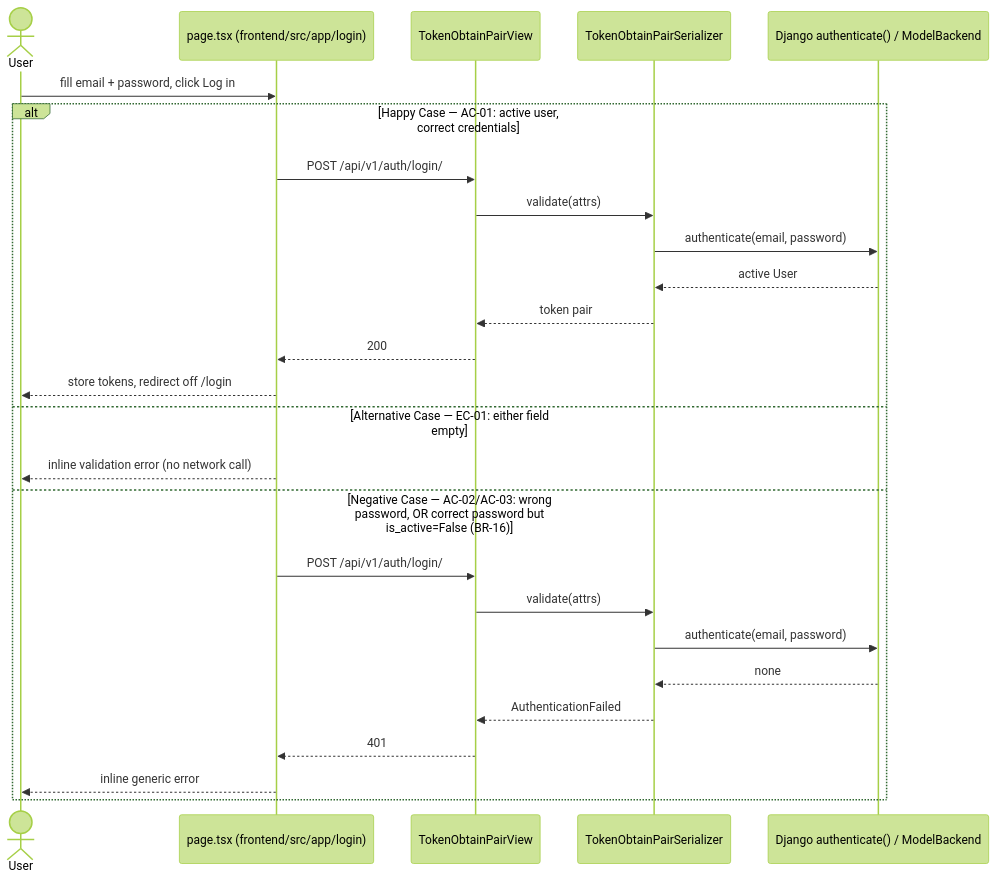
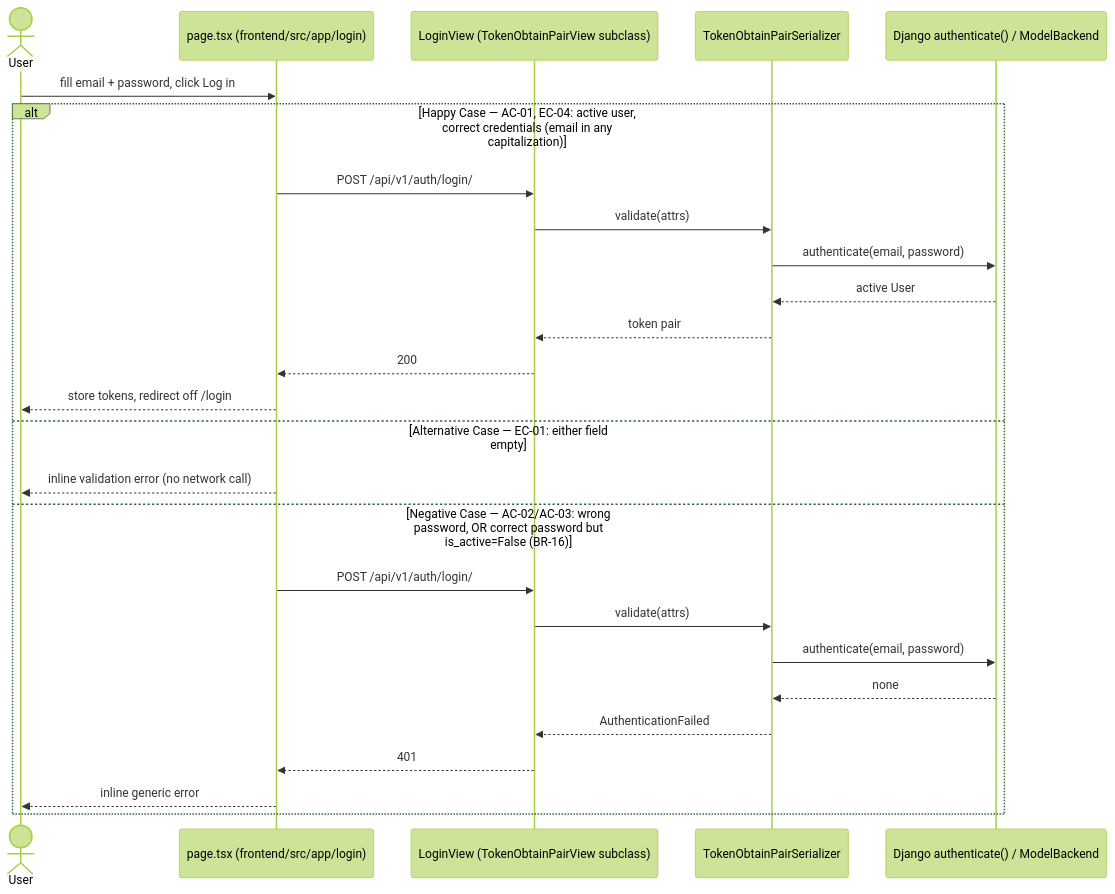
One commit to homertruong66/pfm changed the diagram in specs/001-system-security/plan.md. Above: the diagram before and after it, drawn with Mermaid (forest theme). The commit also changed other lines of this file and 8 other files, not shown here.

````diff
--- a/specs/001-system-security/plan.md
+++ b/specs/001-system-security/plan.md
@@ -111,30 +111,30 @@
 ```mermaid
 sequenceDiagram
     actor User
     participant FE as page.tsx (frontend/src/app/login)
-    participant View as TokenObtainPairView
+    participant View as LoginView (TokenObtainPairView subclass)
     participant Ser as TokenObtainPairSerializer
     participant Auth as Django authenticate() / ModelBackend
 
     User->>FE: fill email + password, click Log in
 
-    alt Happy Case — AC-01: active user, correct credentials
+    alt Happy Case — AC-01, EC-04: active user, correct credentials (email in any capitalization)
         FE->>View: POST /api/v1/auth/login/
         View->>Ser: validate(attrs)
         Ser->>Auth: authenticate(email, password)
         Auth-->>Ser: active User
         Ser-->>View: token pair
         View-->>FE: 200
         FE-->>User: store tokens, redirect off /login
     else Alternative Case — EC-01: either field empty
         FE-->>User: inline validation error (no network call)
     else Negative Case — AC-02/AC-03: wrong password, OR correct password but is_active=False (BR-16)
         FE->>View: POST /api/v1/auth/login/
         View->>Ser: validate(attrs)
         Ser->>Auth: authenticate(email, password)
         Auth-->>Ser: none
         Ser-->>View: AuthenticationFailed
         View-->>FE: 401
         FE-->>User: inline generic error
     end
 ```
````
